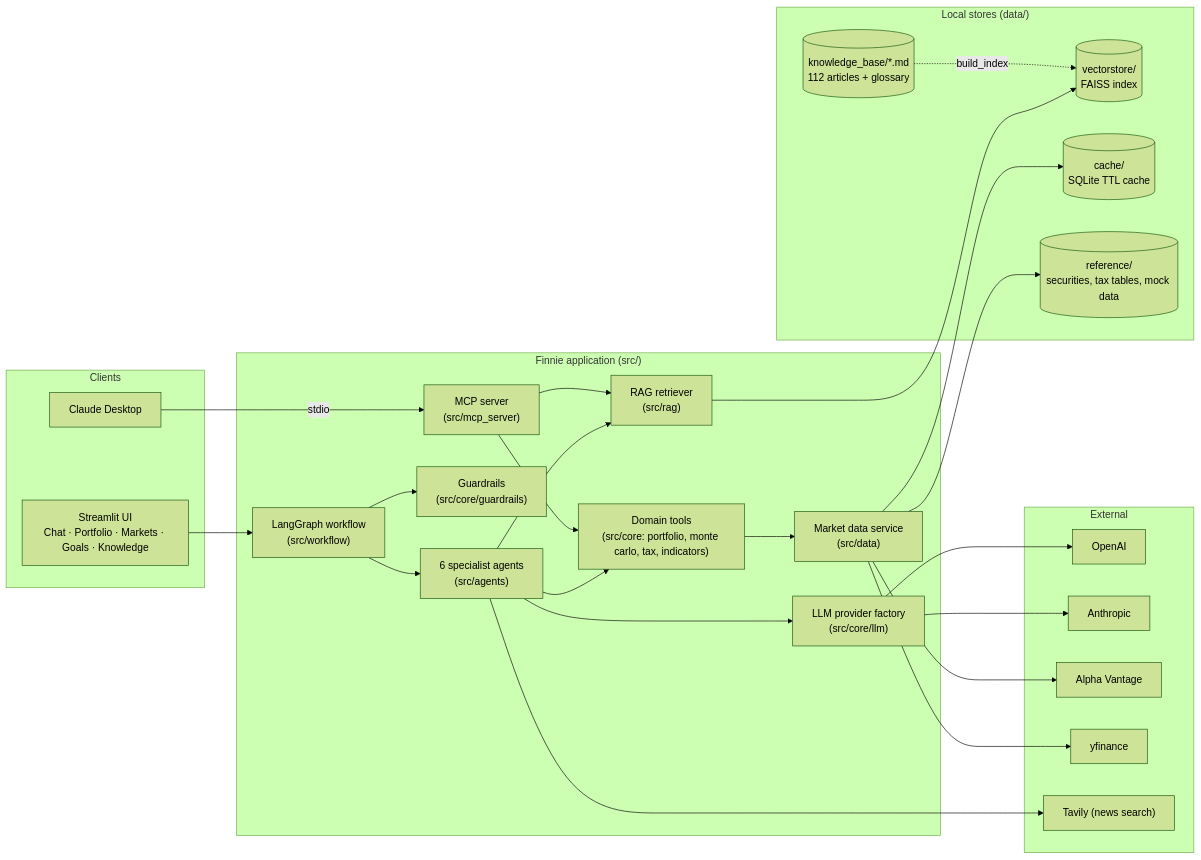
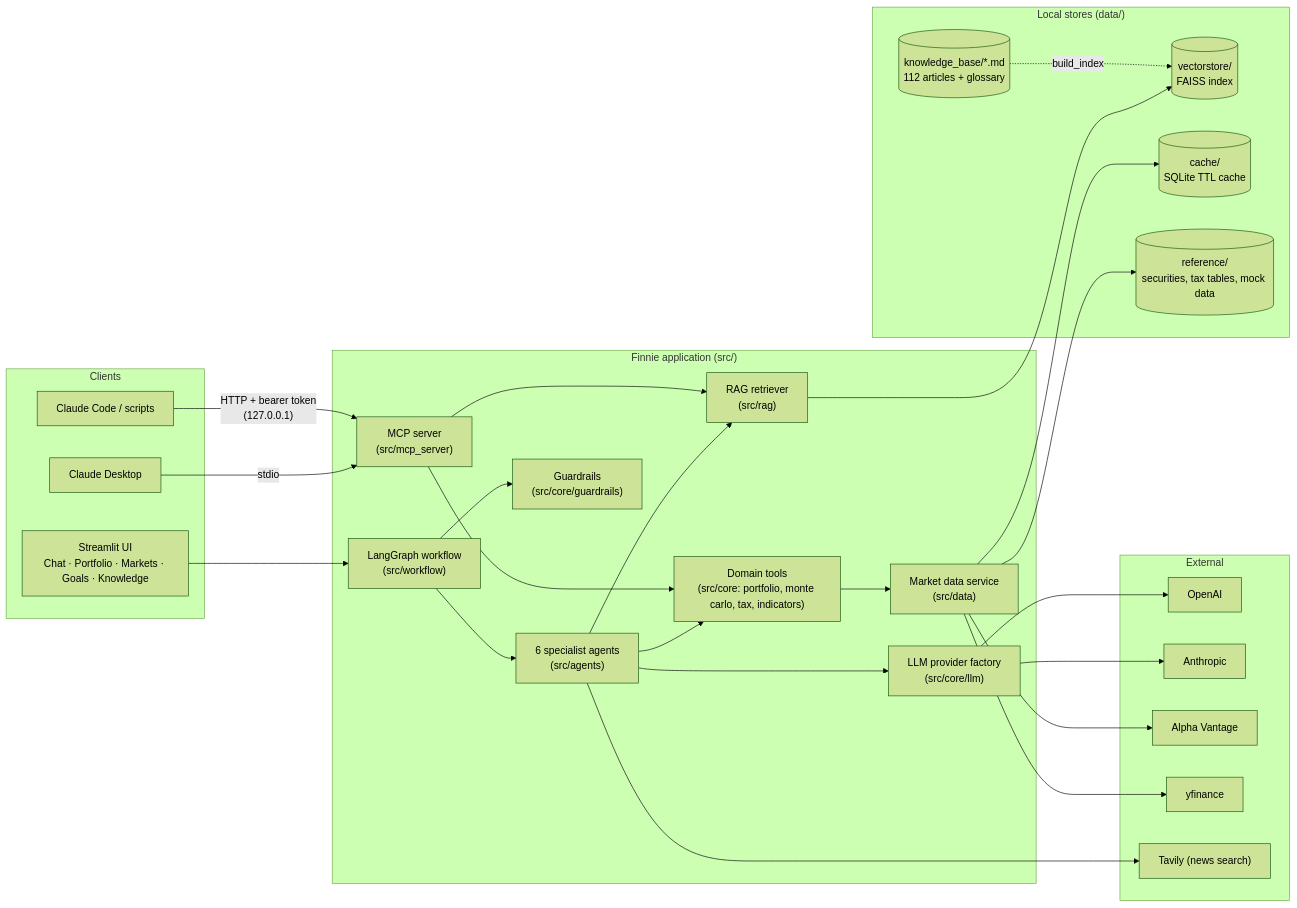
The first of 6 diagrams in docs/DESIGN.md (adammazhar/finnie-ai-finance-assistant), drawn with Mermaid (forest theme) before and after one commit. The commit also changed other lines of this file and 19 other files, not shown here.

First line of the commit message:
feat: MCP server with stdio and token-protected HTTP

````diff
--- a/docs/DESIGN.md
+++ b/docs/DESIGN.md
@@ -37,51 +37,53 @@
 ```mermaid
 flowchart LR
     subgraph Clients
         UI["Streamlit UI<br/>Chat · Portfolio · Markets · Goals · Knowledge"]
         CD["Claude Desktop"]
+        CC["Claude Code / scripts"]
     end
 
     subgraph App["Finnie application (src/)"]
         WF["LangGraph workflow<br/>(src/workflow)"]
         AG["6 specialist agents<br/>(src/agents)"]
         GR["Guardrails<br/>(src/core/guardrails)"]
         LLMF["LLM provider factory<br/>(src/core/llm)"]
         TOOLS["Domain tools<br/>(src/core: portfolio, monte carlo, tax, indicators)"]
         RAG["RAG retriever<br/>(src/rag)"]
         MD["Market data service<br/>(src/data)"]
         MCP["MCP server<br/>(src/mcp_server)"]
     end
 
     subgraph Stores["Local stores (data/)"]
         KB[("knowledge_base/*.md<br/>112 articles + glossary")]
         VS[("vectorstore/<br/>FAISS index")]
         CACHE[("cache/<br/>SQLite TTL cache")]
         REF[("reference/<br/>securities, tax tables, mock data")]
     end
 
     subgraph External
         OAI["OpenAI"]
         ANT["Anthropic"]
         AV["Alpha Vantage"]
         YF["yfinance"]
         TV["Tavily (news search)"]
     end
 
     UI --> WF
     CD -- stdio --> MCP
+    CC -- "HTTP + bearer token<br/>(127.0.0.1)" --> MCP
     WF --> GR
     WF --> AG
     AG --> LLMF
     AG --> TOOLS
     AG --> RAG
     TOOLS --> MD
     MCP --> TOOLS
     MCP --> RAG
     RAG --> VS
     KB -. build_index .-> VS
     MD --> CACHE
     MD --> REF
     LLMF --> OAI & ANT
     MD --> AV & YF
     AG --> TV
 ```
````
